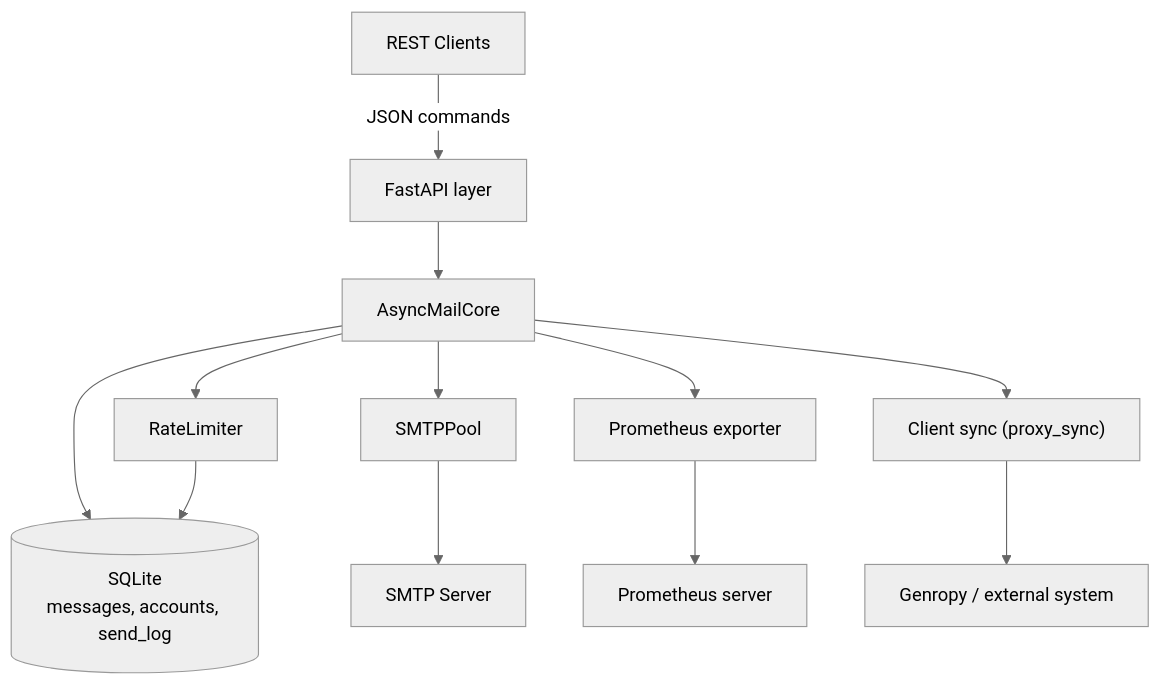
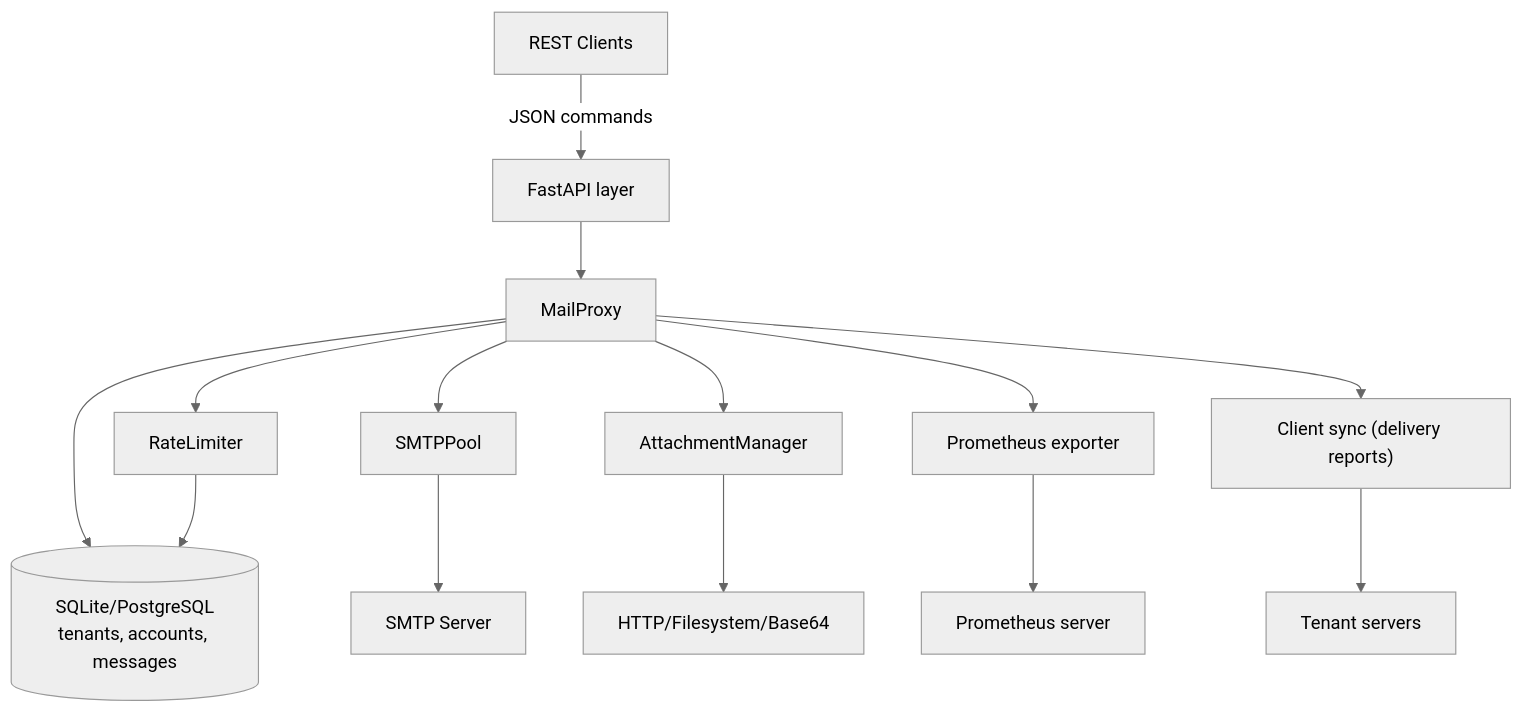
The first of 2 diagrams in docs/overview.rst (genropy/genro-mail-proxy), drawn with Mermaid (neutral theme) before and after one commit. The commit also changed other lines of this file and 9 other files, not shown here.

```diff
--- a/docs/overview.rst
+++ b/docs/overview.rst
@@ -28,15 +33,17 @@
 .. mermaid::
-   :caption: Logical architecture of the async mail service
+   :caption: Logical architecture of genro-mail-proxy
 
    graph TD
      Client["REST Clients"] -->|JSON commands| API[FastAPI layer]
-     API --> Core[AsyncMailCore]
-     Core --> Persistence[(SQLite<br/>messages, accounts, send_log)]
+     API --> Core[MailProxy]
+     Core --> DB[(SQLite/PostgreSQL<br/>tenants, accounts, messages)]
      Core --> RateLimiter[RateLimiter]
-     RateLimiter --> Persistence
+     RateLimiter --> DB
      Core --> Pool[SMTPPool]
      Pool --> SMTP[SMTP Server]
+     Core --> Attachments[AttachmentManager]
+     Attachments --> External["HTTP/Filesystem/Base64"]
      Core --> Metrics[Prometheus exporter]
-     Core --> Sync["Client sync (proxy_sync)"]
-     Sync --> Upstream["Genropy / external system"]
+     Core --> Sync["Client sync (delivery reports)"]
+     Sync --> Upstream["Tenant servers"]
      Metrics --> Prometheus["Prometheus server"]
```
